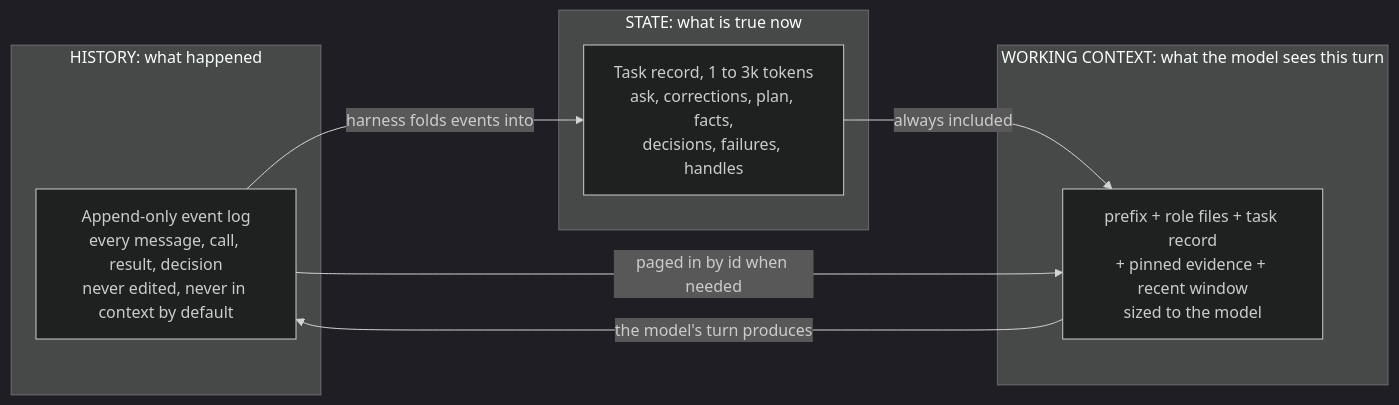
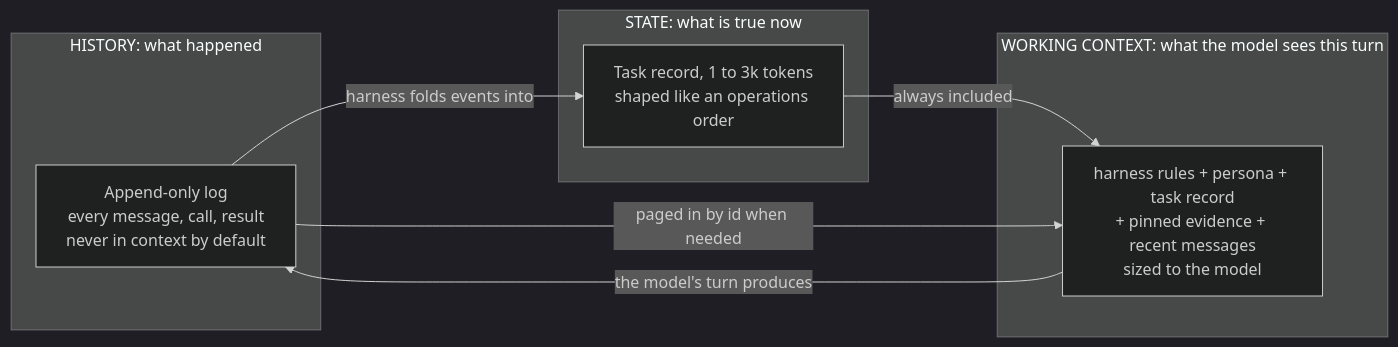
One commit to JaredTate/nerdgenie changed the first of 3 diagrams in docs/COEUS_PLAN.md. Above: the diagram before and after it, drawn with Mermaid (dark theme). The commit also changed other lines of this file and 2 other files, not shown here.

Commit message:
Plan rewritten as a general open-source framework: the idea in one page, lessons from other agents, the operations-order task record, what the model is told

````diff
--- a/docs/COEUS_PLAN.md
+++ b/docs/COEUS_PLAN.md
@@ -92,16 +25,16 @@
 ```mermaid
 flowchart LR
   subgraph H["HISTORY: what happened"]
-    HL["Append-only event log<br/>every message, call, result, decision<br/>never edited, never in context by default"]
+    HL["Append-only log<br/>every message, call, result<br/>never in context by default"]
   end
   subgraph S["STATE: what is true now"]
-    SR["Task record, 1 to 3k tokens<br/>ask, corrections, plan, facts,<br/>decisions, failures, handles"]
+    SR["Task record, 1 to 3k tokens<br/>shaped like an operations order"]
   end
   subgraph W["WORKING CONTEXT: what the model sees this turn"]
-    WC["prefix + role files + task record<br/>+ pinned evidence + recent window<br/>sized to the model"]
+    WC["harness rules + persona + task record<br/>+ pinned evidence + recent messages<br/>sized to the model"]
   end
   HL -->|"harness folds events into"| SR
   SR -->|"always included"| WC
   HL -->|"paged in by id when needed"| WC
   WC -->|"the model's turn produces"| HL
 ```
````
